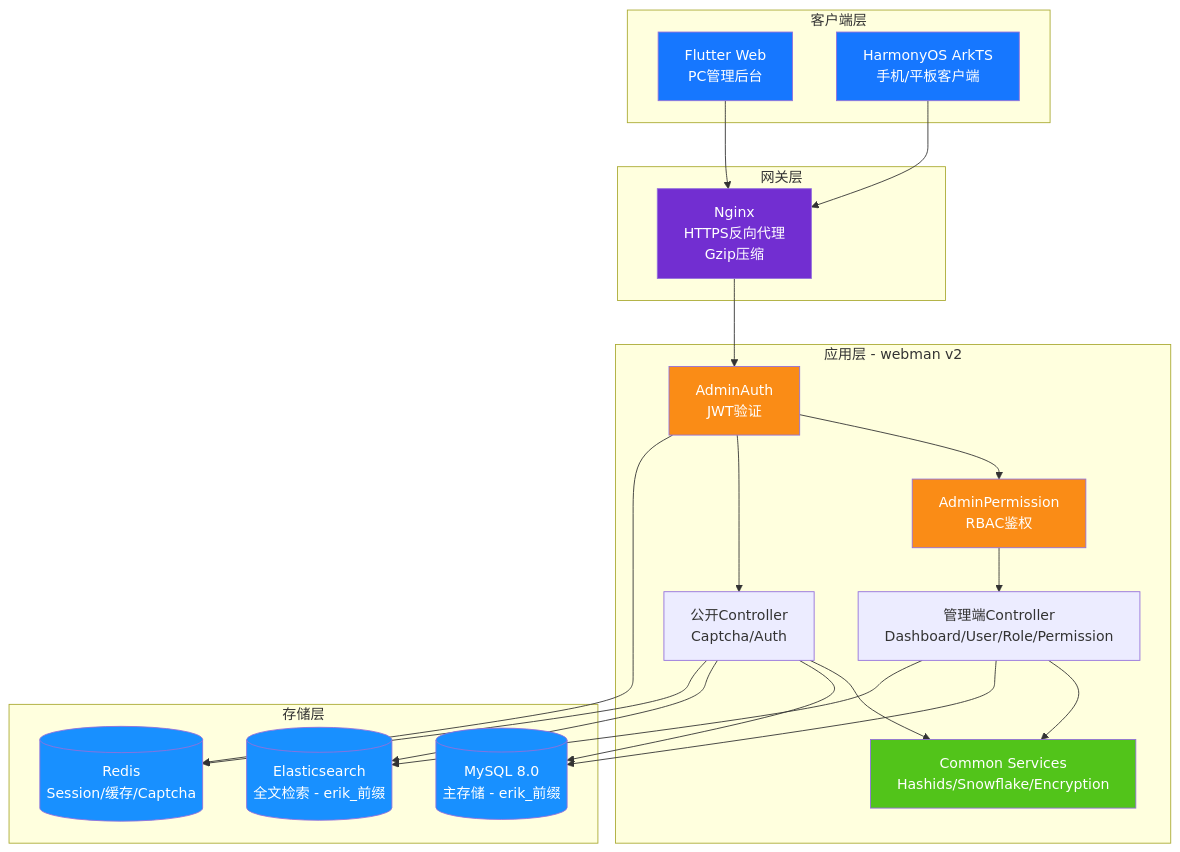
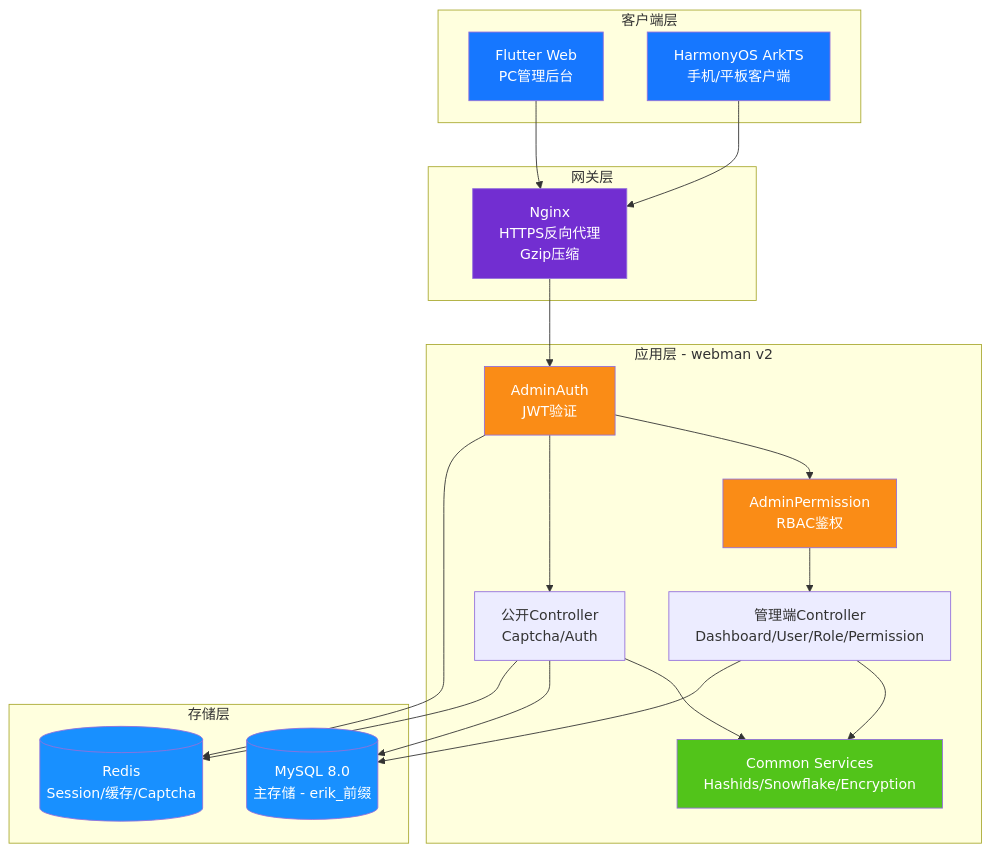
Before and after one commit to erikwang2013/open-admin: the diagram in docs/diagrams/01-system-architecture.md, drawn with Mermaid. The commit also changed 465 other files, not shown here.

````diff
--- a/docs/diagrams/01-system-architecture.md
+++ b/docs/diagrams/01-system-architecture.md
@@ -3,50 +3,46 @@
 ```mermaid
 flowchart TB
     subgraph clients["客户端层"]
         flutter["Flutter Web<br/>PC管理后台"]
         harmony["HarmonyOS ArkTS<br/>手机/平板客户端"]
     end
 
     subgraph gateway["网关层"]
         nginx["Nginx<br/>HTTPS反向代理<br/>Gzip压缩"]
     end
 
     subgraph app["应用层 - webman v2"]
         auth["AdminAuth<br/>JWT验证"]
         perm["AdminPermission<br/>RBAC鉴权"]
         admin["管理端Controller<br/>Dashboard/User/Role/Permission"]
         public["公开Controller<br/>Captcha/Auth"]
         common["Common Services<br/>Hashids/Snowflake/Encryption"]
     end
 
     subgraph storage["存储层"]
         mysql[("MySQL 8.0<br/>主存储 - erik_前缀")]
-        es[("Elasticsearch<br/>全文检索 - erik_前缀")]
         redis[("Redis<br/>Session/缓存/Captcha")]
     end
 
     flutter --> nginx
     harmony --> nginx
     nginx --> auth
     auth --> perm
     perm --> admin
     auth --> public
     admin --> common
     public --> common
     admin --> mysql
     public --> mysql
-    admin --> es
-    public --> es
     auth --> redis
     public --> redis
 
     style flutter fill:#1677FF,color:#fff
     style harmony fill:#1677FF,color:#fff
     style nginx fill:#722ED1,color:#fff
     style auth fill:#FA8C16,color:#fff
     style perm fill:#FA8C16,color:#fff
     style common fill:#52C41A,color:#fff
     style mysql fill:#1890FF,color:#fff
-    style es fill:#1890FF,color:#fff
     style redis fill:#1890FF,color:#fff
 ```
````
